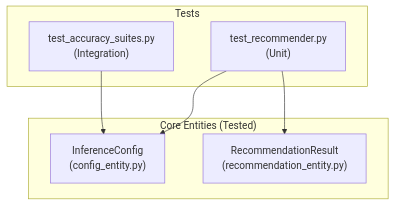
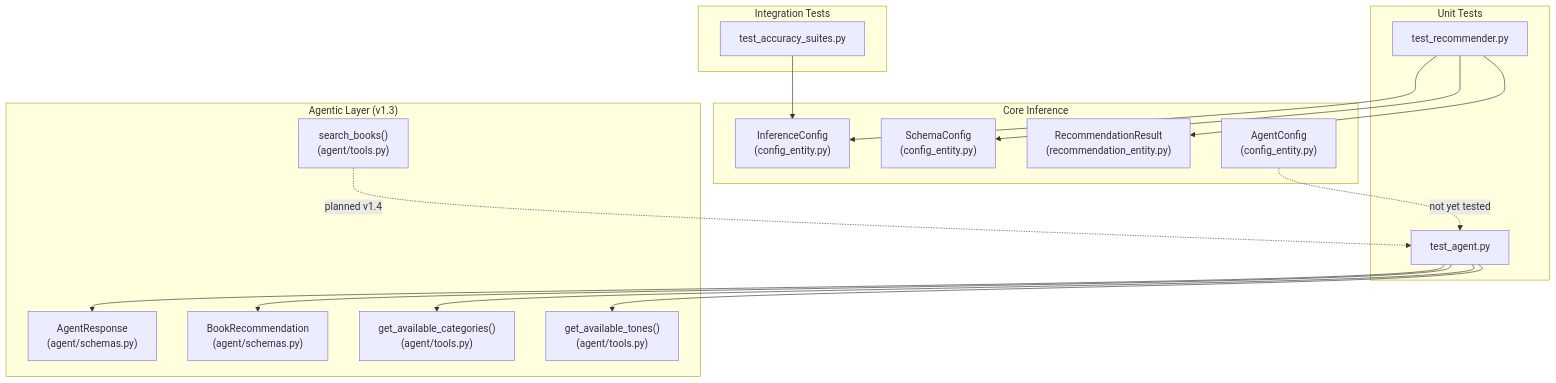
Before and after one commit to SebastianGarrido2790/hybrid-book-recommender: the diagram in reports/docs/evaluations/test_suite_report.md, drawn with Mermaid. The commit also changed other lines of this file and 20 other files, not shown here.

Commit message:
feat: integrate agentic layer v1.3 - finalized with pydantic-ai and gemini-flash-latest

````diff
--- a/reports/docs/evaluations/test_suite_report.md
+++ b/reports/docs/evaluations/test_suite_report.md
@@ -83,16 +125,38 @@
 ```mermaid
 graph TD
-    subgraph "Core Entities (Tested)"
-        InferenceConfig["InferenceConfig\n(config_entity.py)"]
-        RecommendationResult["RecommendationResult\n(recommendation_entity.py)"]
+    subgraph "Agentic Layer (v1.3)"
+        AgentResponse["AgentResponse\n(agent/schemas.py)"]
+        BookRec["BookRecommendation\n(agent/schemas.py)"]
+        SearchTool["search_books()\n(agent/tools.py)"]
+        CatTool["get_available_categories()\n(agent/tools.py)"]
+        ToneTool["get_available_tones()\n(agent/tools.py)"]
     end
 
-    subgraph "Tests"
-        T1["test_recommender.py\n(Unit)"]
-        T2["test_accuracy_suites.py\n(Integration)"]
+    subgraph "Core Inference"
+        InferenceConfig["InferenceConfig\n(config_entity.py)"]
+        SchemaConfig["SchemaConfig\n(config_entity.py)"]
+        RecommendationResult["RecommendationResult\n(recommendation_entity.py)"]
+        AgentConfig["AgentConfig\n(config_entity.py)"]
+    end
+
+    subgraph "Unit Tests"
+        T1["test_recommender.py"]
+        T2["test_agent.py"]
+    end
+
+    subgraph "Integration Tests"
+        T3["test_accuracy_suites.py"]
     end
 
     T1 --> InferenceConfig
+    T1 --> SchemaConfig
     T1 --> RecommendationResult
-    T2 --> InferenceConfig
+    T2 --> AgentResponse
+    T2 --> BookRec
+    T2 --> CatTool
+    T2 --> ToneTool
+    T3 --> InferenceConfig
+
+    AgentConfig -.->|not yet tested| T2
+    SearchTool -.->|planned v1.4| T2
 ```
````
